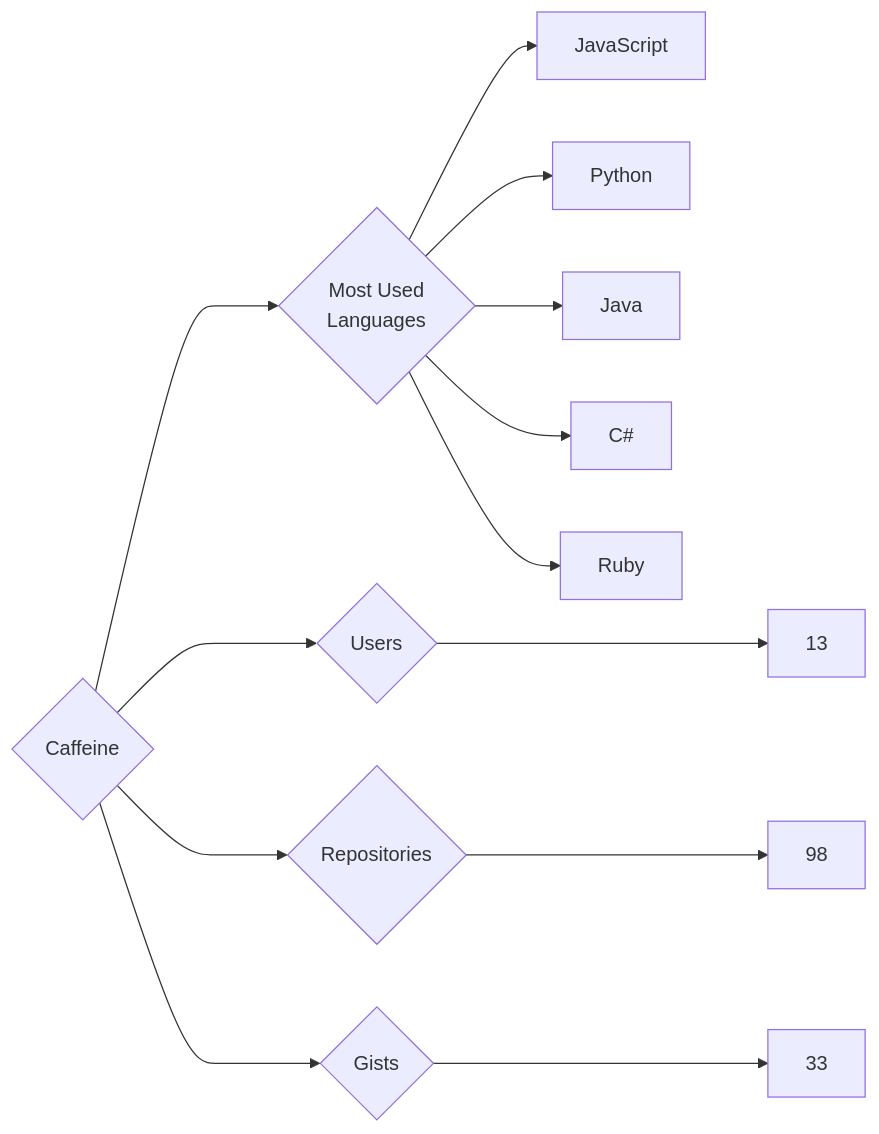
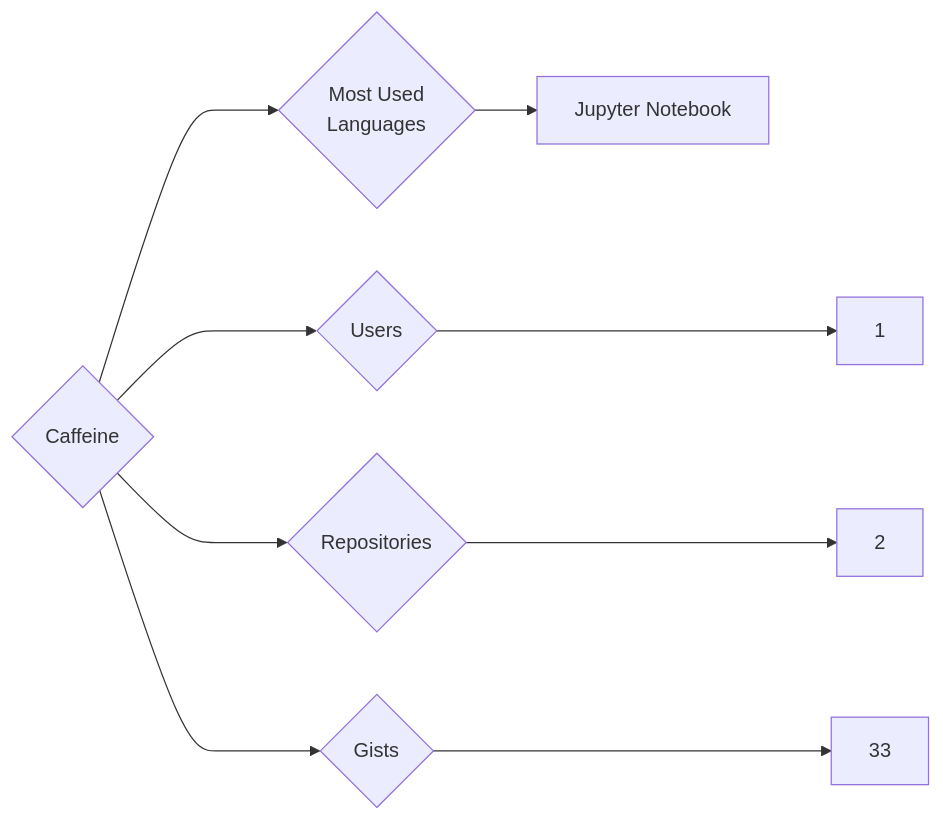
Before and after one commit to trickest/insiders: the diagram in targets/Caffeine/README.md, drawn with Mermaid. The commit also changed 553 other files, not shown here.

````diff
--- a/targets/Caffeine/README.md
+++ b/targets/Caffeine/README.md
@@ -3,13 +3,9 @@
 ```mermaid
 graph LR
 COMPANY_NAME{Caffeine}
-COMPANY_NAME ---> U{Users} ---> UN[13]
-COMPANY_NAME ---> R{Repositories} ---> RN[98]
+COMPANY_NAME ---> U{Users} ---> UN[1]
+COMPANY_NAME ---> R{Repositories} ---> RN[2]
 COMPANY_NAME ---> G{Gists} ---> GN[33]
 COMPANY_NAME ---> ML{Most Used<br>Languages}
-ML --> JavaScript[JavaScript]
-ML --> Python[Python]
-ML --> Java[Java]
-ML --> C#[C#]
-ML --> Ruby[Ruby]
+ML --> Jupyter_Notebook[Jupyter Notebook]
 ```
````
